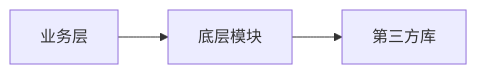
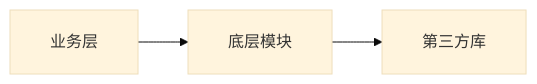
One commit to hproof/claude-market-gamedev changed the first of 2 diagrams in plugins/code-analyzer/skills/full-scan/SKILL.md. Above: the diagram before and after it, drawn with Mermaid. The commit also changed other lines of this file and 1 other file, not shown here.

First line of the commit message:
feat(code-analyzer): 优化 Mermaid 图表高度显示

````diff
--- a/plugins/code-analyzer/skills/full-scan/SKILL.md
+++ b/plugins/code-analyzer/skills/full-scan/SKILL.md
@@ -158,4 +170,5 @@
 ```mermaid
+%%{init: {'theme': 'base', 'flowchart': { 'useMaxWidth': true, 'padding': 20 }}}%%
 graph LR
     BIZ[业务层] --> CORE[底层模块] --> LIB[第三方库]
 ```
````
